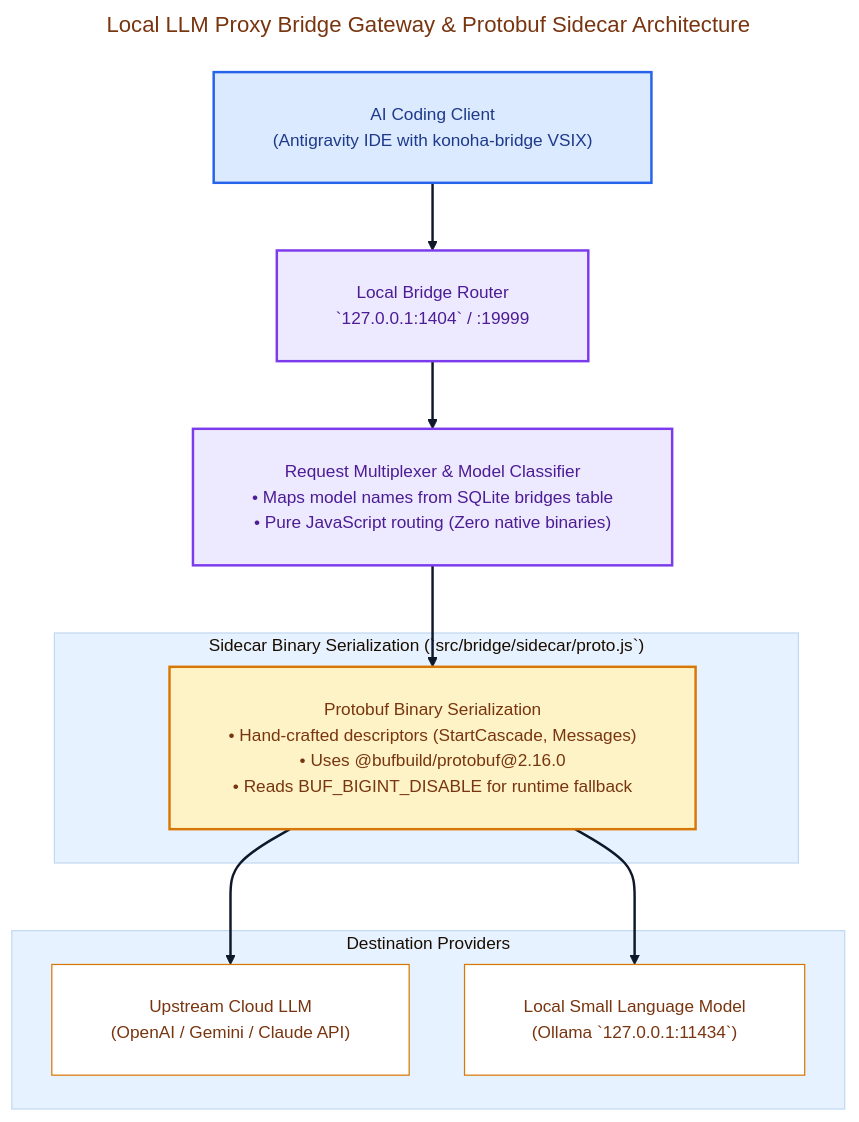
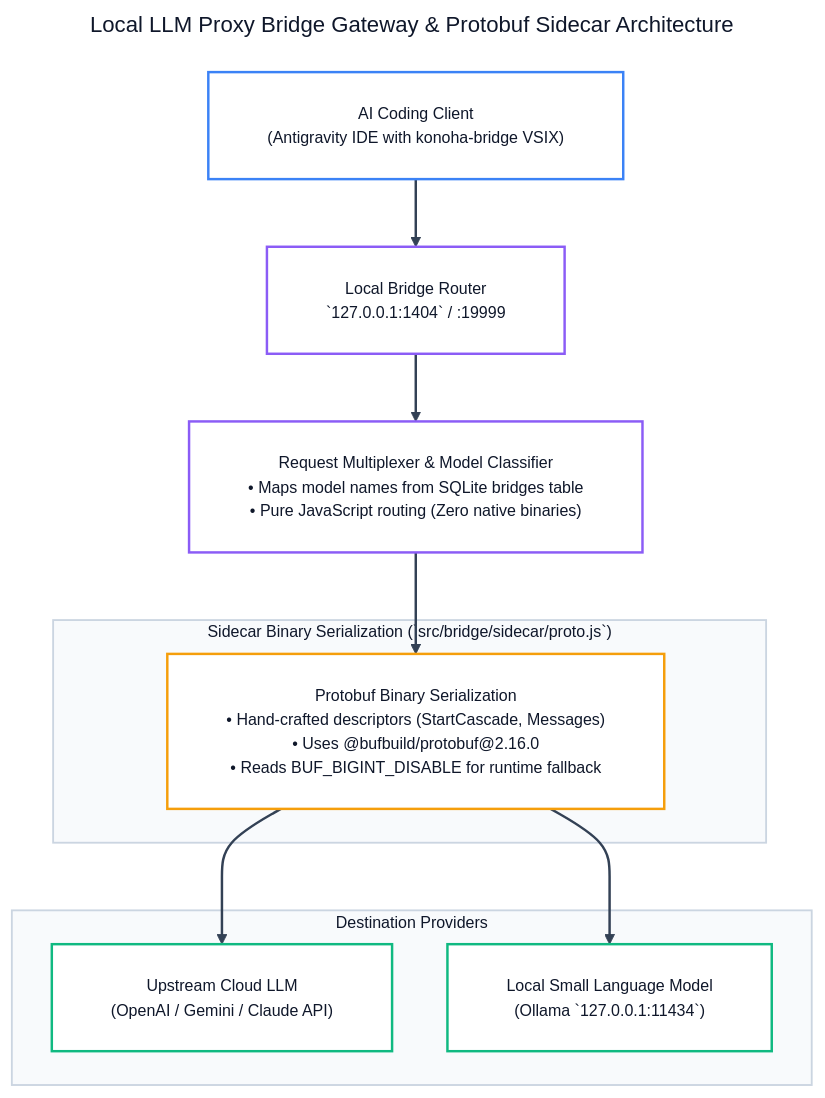
One commit to andycungkrinx91/konoha changed the ninth of 14 diagrams in docs/ALL-WORKFLOW-DIAGRAMS.md. Above: the diagram before and after it, drawn with Mermaid. The commit also changed other lines of this file and 107 other files, not shown here.

````diff
--- a/docs/ALL-WORKFLOW-DIAGRAMS.md
+++ b/docs/ALL-WORKFLOW-DIAGRAMS.md
@@ -494,48 +559,57 @@
 ```mermaid
 ---
 title: Local LLM Proxy Bridge Gateway & Protobuf Sidecar Architecture
 config:
   theme: base
   themeVariables:
+    darkMode: false
     background: '#ffffff'
     mainBkg: '#ffffff'
-    primaryColor: '#ffe6cc'
-    primaryTextColor: '#78350f'
-    primaryBorderColor: '#d97706'
-    lineColor: '#0f172a'
-    arrowheadColor: '#0f172a'
-    fontFamily: 'Inter, system-ui, sans-serif'
-    fontSize: '14px'
+    primaryColor: '#ffffff'
+    primaryTextColor: '#0f172a'
+    primaryBorderColor: '#f59e0b'
+    lineColor: '#334155'
+    arrowheadColor: '#334155'
+    secondaryColor: '#f8fafc'
+    tertiaryColor: '#ffffff'
+    fontFamily: 'Inter, system-ui, -apple-system, sans-serif'
+    fontSize: '13px'
   flowchart:
     nodeSpacing: 45
     rankSpacing: 55
     padding: 24
     wrappingWidth: 380
 ---
 flowchart TB
     Client["AI Coding Client<br/>(Antigravity IDE with konoha-bridge VSIX)"] --> OuterGateway["Local Bridge Router<br/>`127.0.0.1:1404` / :19999"]
 
-    OuterGateway --> Intercept["Request Multiplexer & Model Classifier<br/>• Maps model names from SQLite bridges table<br/>• Pure JavaScript routing (Zero native binaries)"]
+    OuterGateway --> Intercept["Request Multiplexer &amp; Model Classifier<br/>• Maps model names from SQLite bridges table<br/>• Pure JavaScript routing (Zero native binaries)"]
 
     subgraph SidecarProtocol ["Sidecar Binary Serialization (`src/bridge/sidecar/proto.js`)"]
         ProtoEncoder["Protobuf Binary Serialization<br/>• Hand-crafted descriptors (StartCascade, Messages)<br/>• Uses @bufbuild/protobuf@2.16.0<br/>• Reads BUF_BIGINT_DISABLE for runtime fallback"]
     end
 
     Intercept --> ProtoEncoder
 
     subgraph ModelEndpoints ["Destination Providers"]
         CloudLLM["Upstream Cloud LLM<br/>(OpenAI / Gemini / Claude API)"]
         LocalLLM["Local Small Language Model<br/>(Ollama `127.0.0.1:11434`)"]
     end
 
     ProtoEncoder --> CloudLLM
     ProtoEncoder --> LocalLLM
 
-    linkStyle default stroke:#0f172a,stroke-width:2px;
-    classDef client fill:#dbeafe,stroke:#2563eb,color:#1e3a8a,stroke-width:2px;
-    classDef router fill:#ede9fe,stroke:#7c3aed,color:#4c1d95,stroke-width:2px;
-    classDef sidecar fill:#fef3c7,stroke:#d97706,color:#78350f,stroke-width:2px;
-    class Client client;
-    class OuterGateway,Intercept router;
-    class ProtoEncoder sidecar;
+    linkStyle default stroke:#334155,stroke-width:2px;
+    style SidecarProtocol fill:#f8fafc,stroke:#cbd5e1,stroke-width:1.5px,color:#0f172a;
+    style ModelEndpoints fill:#f8fafc,stroke:#cbd5e1,stroke-width:1.5px,color:#0f172a;
+
+    classDef clientNode fill:#ffffff,stroke:#3b82f6,color:#0f172a,stroke-width:2px;
+    classDef routerNode fill:#ffffff,stroke:#8b5cf6,color:#0f172a,stroke-width:2px;
+    classDef sidecarNode fill:#ffffff,stroke:#f59e0b,color:#0f172a,stroke-width:2px;
+    classDef destNode fill:#ffffff,stroke:#10b981,color:#0f172a,stroke-width:2px;
+
+    class Client clientNode;
+    class OuterGateway,Intercept routerNode;
+    class ProtoEncoder sidecarNode;
+    class CloudLLM,LocalLLM destNode;
 ```
````
